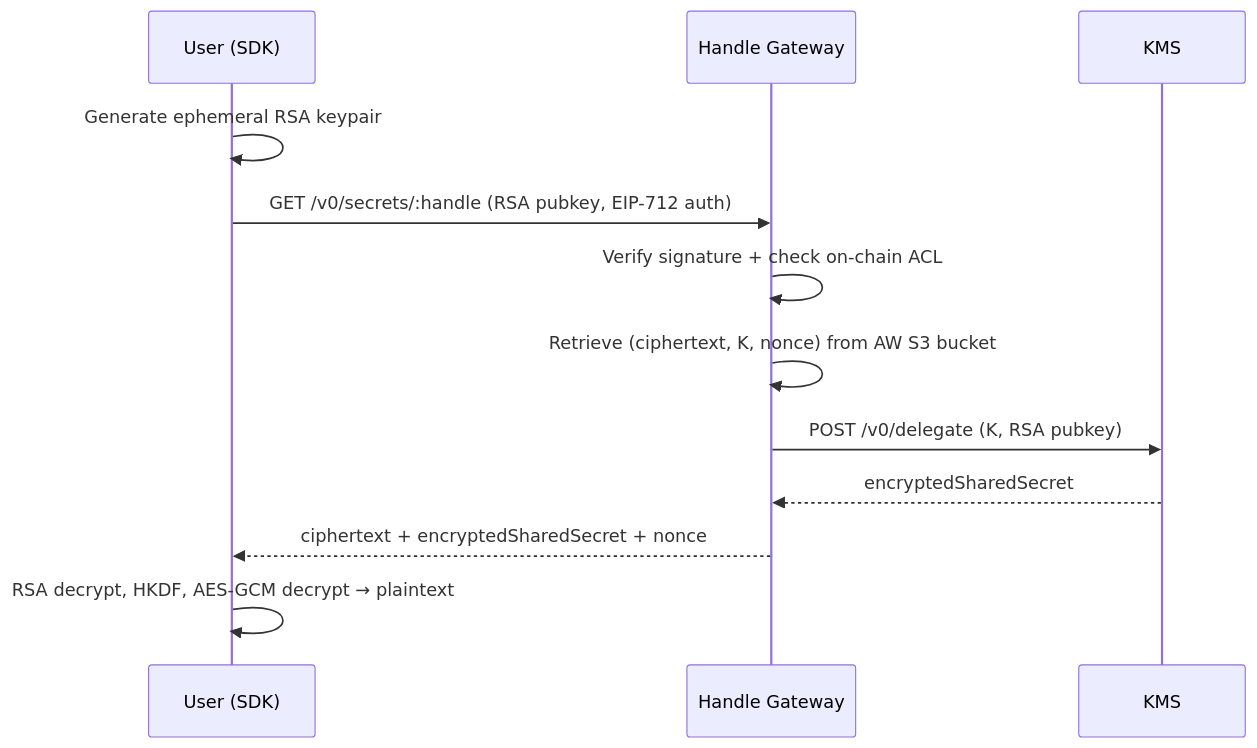
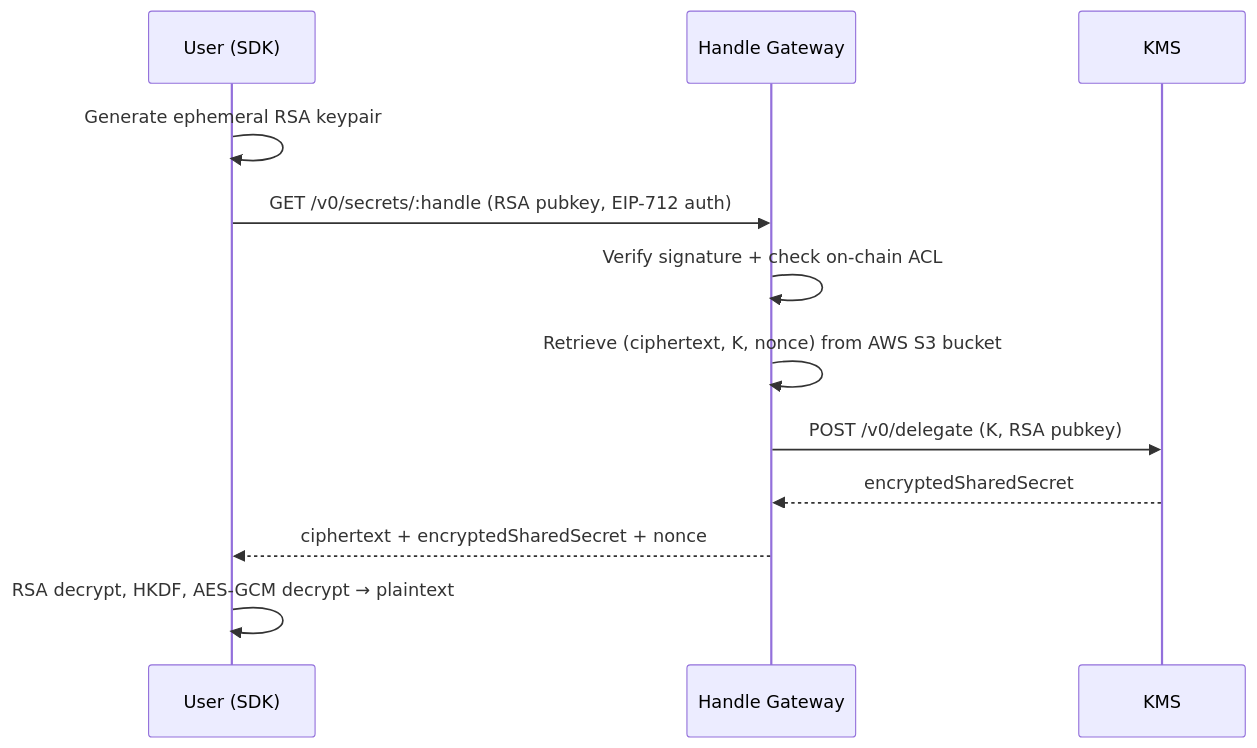
One commit to iExec-Nox/documentation changed the third of 3 diagrams in src/protocol/handle-gateway.md. Above: the diagram before and after it, drawn with Mermaid.

Commit message:
docs: fix misspelling

````diff
--- a/src/protocol/handle-gateway.md
+++ b/src/protocol/handle-gateway.md
@@ -58,15 +58,15 @@
 ```mermaid
 sequenceDiagram
     participant U as User (SDK)
     participant GW as Handle Gateway
     participant KMS
 
     U->>U: Generate ephemeral RSA keypair
     U->>GW: GET /v0/secrets/:handle (RSA pubkey, EIP-712 auth)
     GW->>GW: Verify signature + check on-chain ACL
-    GW->>GW: Retrieve (ciphertext, K, nonce) from AW S3 bucket
+    GW->>GW: Retrieve (ciphertext, K, nonce) from AWS S3 bucket
     GW->>KMS: POST /v0/delegate (K, RSA pubkey)
     KMS-->>GW: encryptedSharedSecret
     GW-->>U: ciphertext + encryptedSharedSecret + nonce
     U->>U: RSA decrypt, HKDF, AES-GCM decrypt → plaintext
 ```
````
